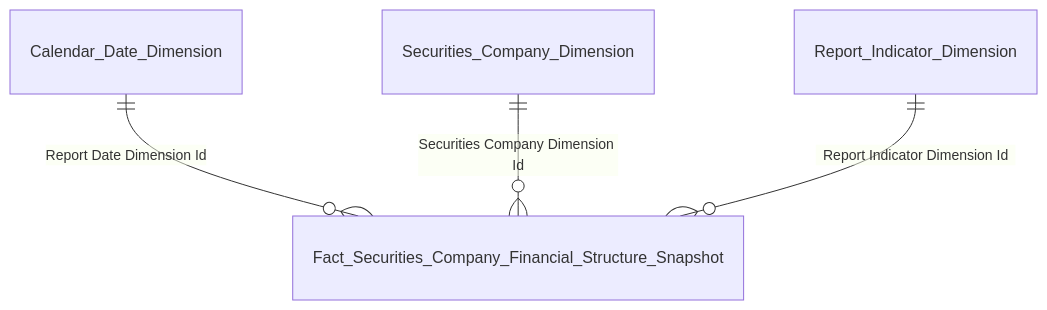
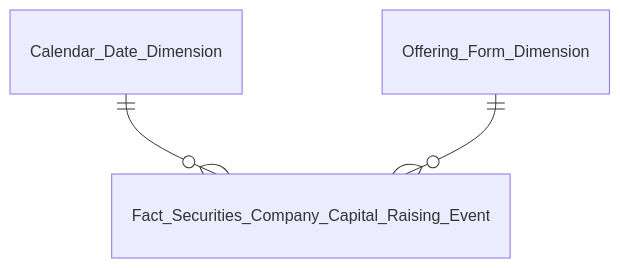
Before and after one commit to linhlvit/ubck_atomic_design: the fourth of 7 diagrams in Datamart/hld/DTM_QLKD_Entities.md, drawn with Mermaid. The commit also changed other lines of this file and 35 other files, not shown here.

````diff
--- a/Datamart/hld/DTM_QLKD_Entities.md
+++ b/Datamart/hld/DTM_QLKD_Entities.md
@@ -55,6 +73,5 @@
 ```mermaid
 erDiagram
-    Calendar_Date_Dimension ||--o{ Fact_Securities_Company_Financial_Structure_Snapshot : "Report Date Dimension Id"
-    Securities_Company_Dimension ||--o{ Fact_Securities_Company_Financial_Structure_Snapshot : "Securities Company Dimension Id"
-    Report_Indicator_Dimension ||--o{ Fact_Securities_Company_Financial_Structure_Snapshot : "Report Indicator Dimension Id"
+    Calendar_Date_Dimension ||--o{ Fact_Securities_Company_Capital_Raising_Event : " "
+    Offering_Form_Dimension ||--o{ Fact_Securities_Company_Capital_Raising_Event : " "
 ```
````
